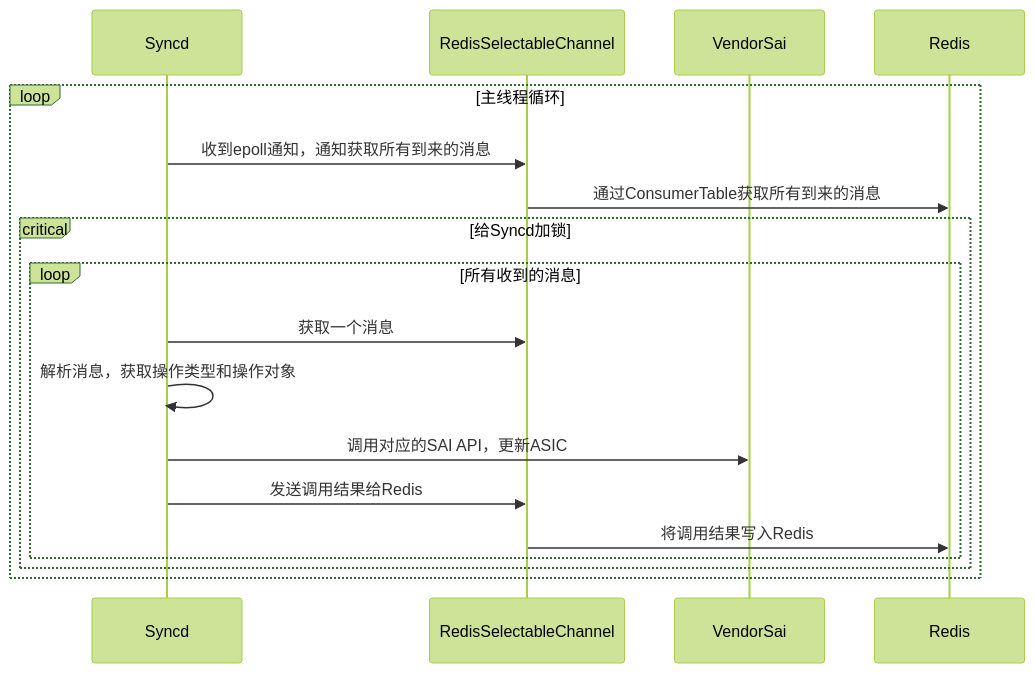
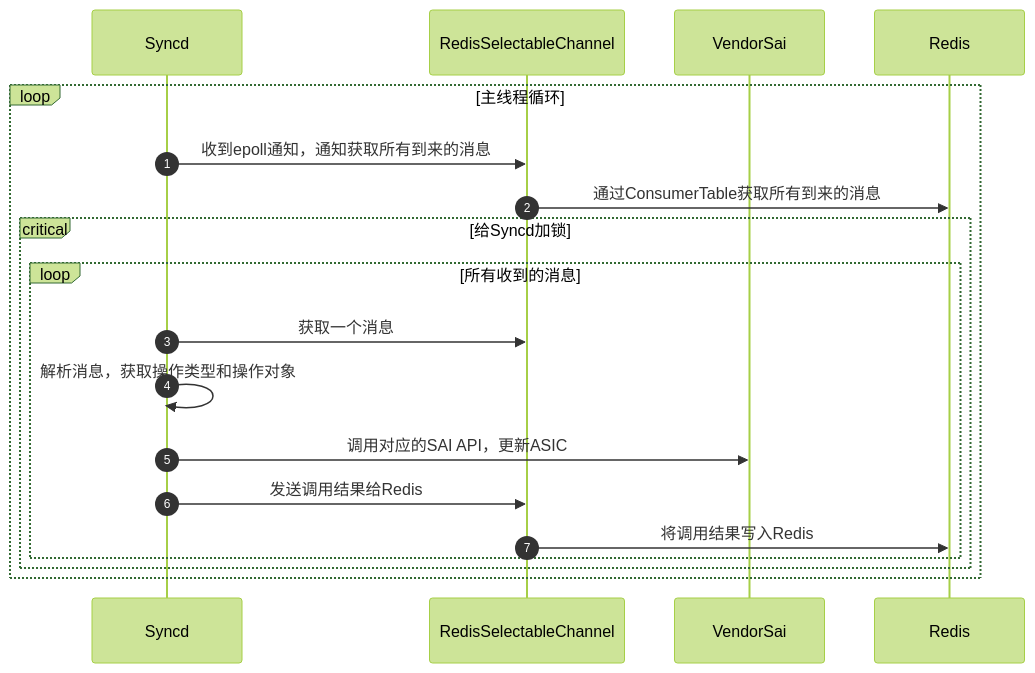
One commit to r12f/sonic-book changed the second of 3 diagrams in src/5-1-syncd-sai-workflow.md. Above: the diagram before and after it, drawn with Mermaid (forest theme). The commit also changed other lines of this file, not shown here.

Commit message:
Update workflow graph.

````diff
--- a/src/5-1-syncd-sai-workflow.md
+++ b/src/5-1-syncd-sai-workflow.md
@@ -462,22 +463,23 @@
 ```mermaid
 sequenceDiagram
+    autonumber
     participant SD as Syncd
     participant RSC as RedisSelectableChannel
     participant SAI as VendorSai
     participant R as Redis
 
     loop 主线程循环
         SD->>RSC: 收到epoll通知，通知获取所有到来的消息
         RSC->>R: 通过ConsumerTable获取所有到来的消息
 
         critical 给Syncd加锁
             loop 所有收到的消息
                 SD->>RSC: 获取一个消息
                 SD->>SD: 解析消息，获取操作类型和操作对象
                 SD->>SAI: 调用对应的SAI API，更新ASIC
                 SD->>RSC: 发送调用结果给Redis
                 RSC->>R: 将调用结果写入Redis
             end
         end
     end
 ```
````
